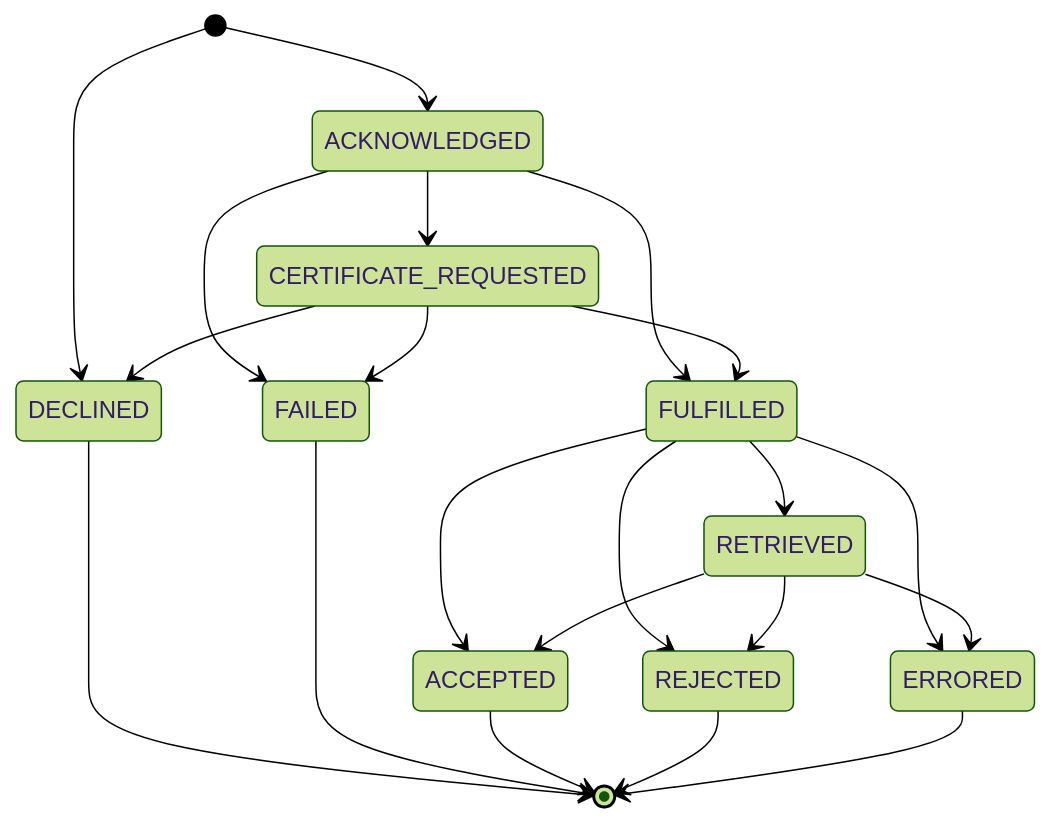
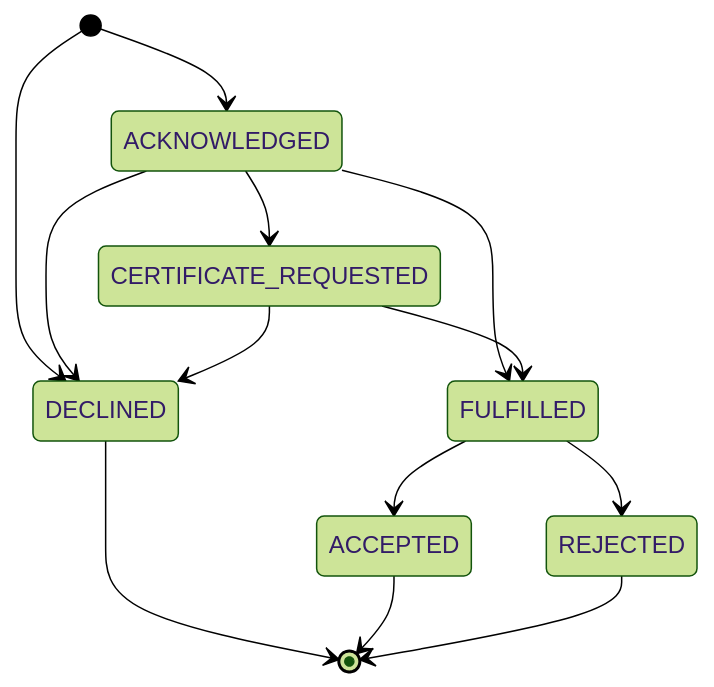
Before and after one commit to Metaform/certo: the first of 4 diagrams in docs/sce/certificate-exchange.md, drawn with Mermaid (forest theme). The commit also changed other lines of this file and 8 other files, not shown here.

````diff
--- a/docs/sce/certificate-exchange.md
+++ b/docs/sce/certificate-exchange.md
@@ -99,23 +100,15 @@
 ```mermaid
 stateDiagram-v2
     [*] --> ACKNOWLEDGED
     [*] --> DECLINED
     ACKNOWLEDGED --> CERTIFICATE_REQUESTED
     ACKNOWLEDGED --> FULFILLED
-    ACKNOWLEDGED --> FAILED
+    ACKNOWLEDGED --> DECLINED
     CERTIFICATE_REQUESTED --> FULFILLED
     CERTIFICATE_REQUESTED --> DECLINED
-    CERTIFICATE_REQUESTED --> FAILED
-    FULFILLED --> RETRIEVED
     FULFILLED --> ACCEPTED
     FULFILLED --> REJECTED
-    FULFILLED --> ERRORED
-    RETRIEVED --> ACCEPTED
-    RETRIEVED --> REJECTED
-    RETRIEVED --> ERRORED
     DECLINED --> [*]
-    FAILED --> [*]
     ACCEPTED --> [*]
     REJECTED --> [*]
-    ERRORED --> [*]
 ```
````
